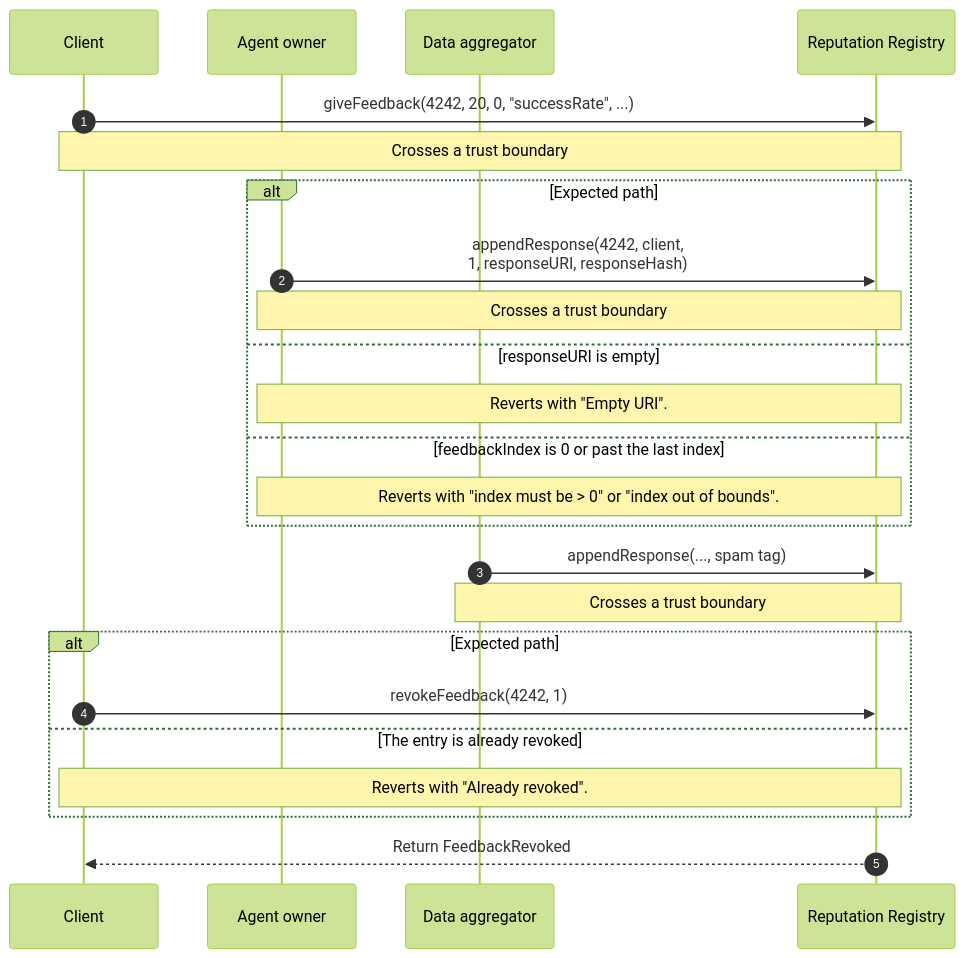
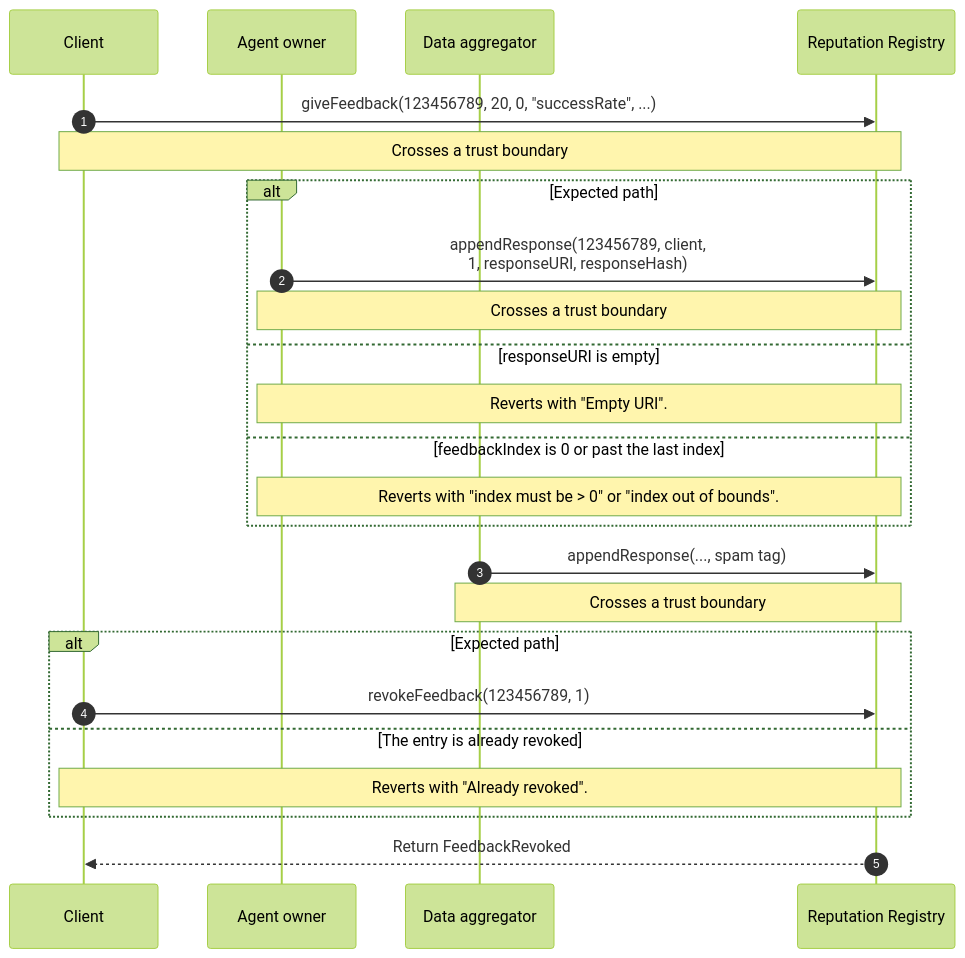
One commit to mercesAI/agentic-rails-atlas changed the diagram in src/generated/mermaid/erc-8004-revoke-and-respond.mmd. Above: the diagram before and after it, drawn with Mermaid (forest theme). The commit also changed 124 other files, not shown here.

```diff
--- a/src/generated/mermaid/erc-8004-revoke-and-respond.mmd
+++ b/src/generated/mermaid/erc-8004-revoke-and-respond.mmd
@@ -1,26 +1,26 @@
 sequenceDiagram
   accTitle: ERC-8004 revoking feedback and appending responses
-  accDescr: Sequence diagram: ERC-8004 revoking feedback and appending responses. 4 participants: Client, Agent owner, Data aggregator, and Reputation Registry. 5 steps, 3 crossing a trust boundary, 3 failure branches. Based on erc-8004 Draft (text of 2026-01-25) (2026-01-25). Step 1: Client to Reputation Registry: giveFeedback(4242, 20, 0, successRate,...). This step crosses a trust boundary. Step 2: Agent owner to Reputation Registry: appendResponse(4242, client, 1, responseURI, responseHash). This step crosses a trust boundary. If responseURI is empty: Reverts with Empty URI. If feedbackIndex is 0 or past the last index: Reverts with index must be 0 or index out of bounds. Step 3: Data aggregator to Reputation Registry: appendResponse(..., spam tag). This step crosses a trust boundary. Step 4: Client to Reputation Registry: revokeFeedback(4242, 1). If The entry is already revoked: Reverts with Already revoked. Step 5: Reputation Registry to Client: Return FeedbackRevoked.
+  accDescr: Sequence diagram: ERC-8004 revoking feedback and appending responses. 4 participants: Client, Agent owner, Data aggregator, and Reputation Registry. 5 steps, 3 crossing a trust boundary, 3 failure branches. Based on erc-8004 Draft (text of 2026-01-25) (2026-01-25). Step 1: Client to Reputation Registry: giveFeedback(123456789, 20, 0, successRate,...). This step crosses a trust boundary. Step 2: Agent owner to Reputation Registry: appendResponse(123456789, client, 1, responseURI, responseHash). This step crosses a trust boundary. If responseURI is empty: Reverts with Empty URI. If feedbackIndex is 0 or past the last index: Reverts with index must be 0 or index out of bounds. Step 3: Data aggregator to Reputation Registry: appendResponse(..., spam tag). This step crosses a trust boundary. Step 4: Client to Reputation Registry: revokeFeedback(123456789, 1). If The entry is already revoked: Reverts with Already revoked. Step 5: Reputation Registry to Client: Return FeedbackRevoked.
   autonumber
   participant p_client as Client
   participant p_agent as Agent owner
   participant p_aggregator as Data aggregator
   participant p_reputation as Reputation Registry
-  p_client->>p_reputation: giveFeedback(4242, 20, 0, #quot;successRate#quot;, ...)
+  p_client->>p_reputation: giveFeedback(123456789, 20, 0, #quot;successRate#quot;, ...)
   Note over p_client,p_reputation: Crosses a trust boundary
   alt Expected path
-    p_agent->>p_reputation: appendResponse(4242, client,<br/>1, responseURI, responseHash)
+    p_agent->>p_reputation: appendResponse(123456789, client,<br/>1, responseURI, responseHash)
     Note over p_agent,p_reputation: Crosses a trust boundary
   else responseURI is empty
     Note over p_agent,p_reputation: Reverts with #quot;Empty URI#quot;.
   else feedbackIndex is 0 or past the last index
     Note over p_agent,p_reputation: Reverts with #quot;index must be #gt; 0#quot; or #quot;index out of bounds#quot;.
   end
   p_aggregator->>p_reputation: appendResponse(..., spam tag)
   Note over p_aggregator,p_reputation: Crosses a trust boundary
   alt Expected path
-    p_client->>p_reputation: revokeFeedback(4242, 1)
+    p_client->>p_reputation: revokeFeedback(123456789, 1)
   else The entry is already revoked
     Note over p_client,p_reputation: Reverts with #quot;Already revoked#quot;.
   end
   p_reputation-->>p_client: Return FeedbackRevoked
```
